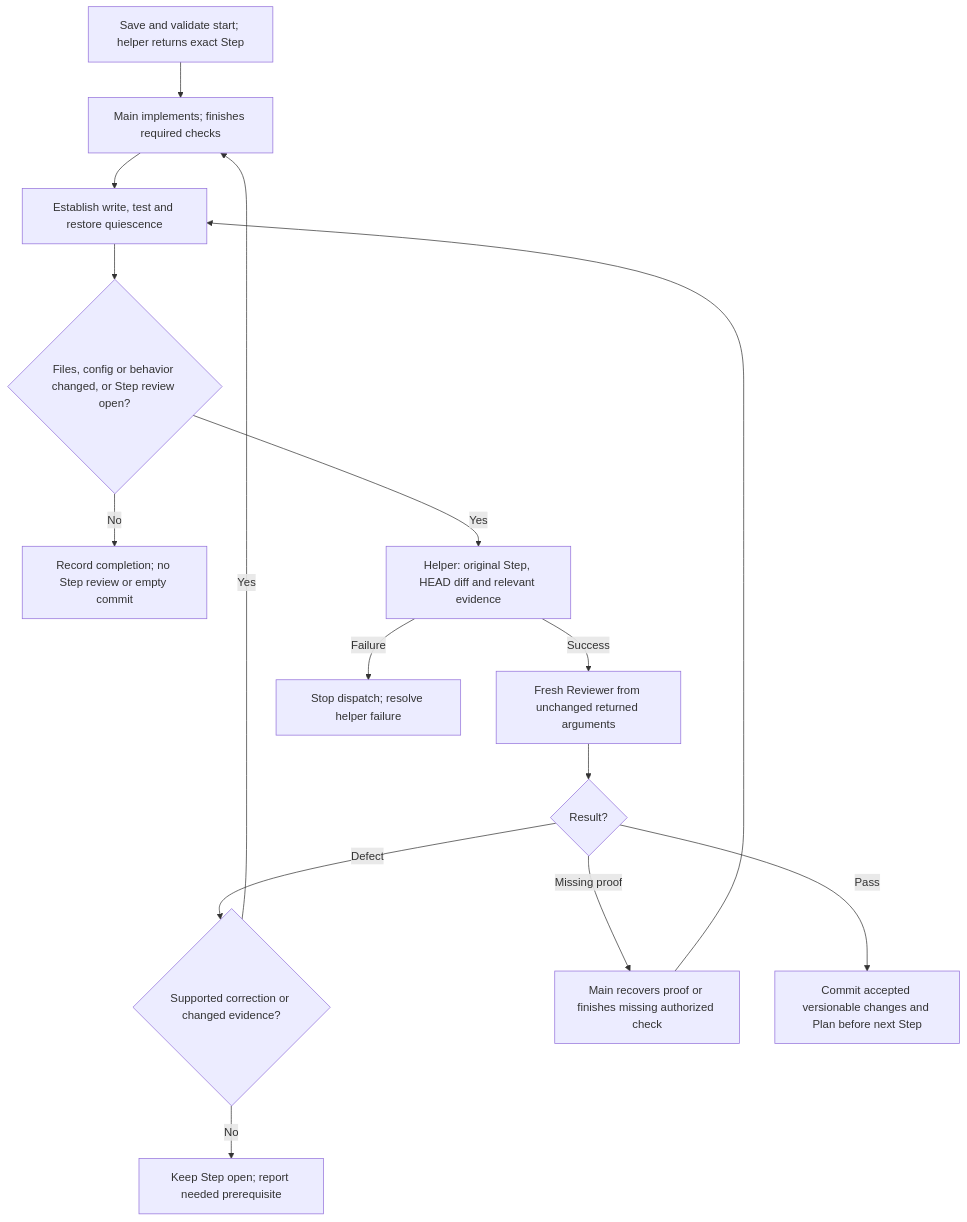
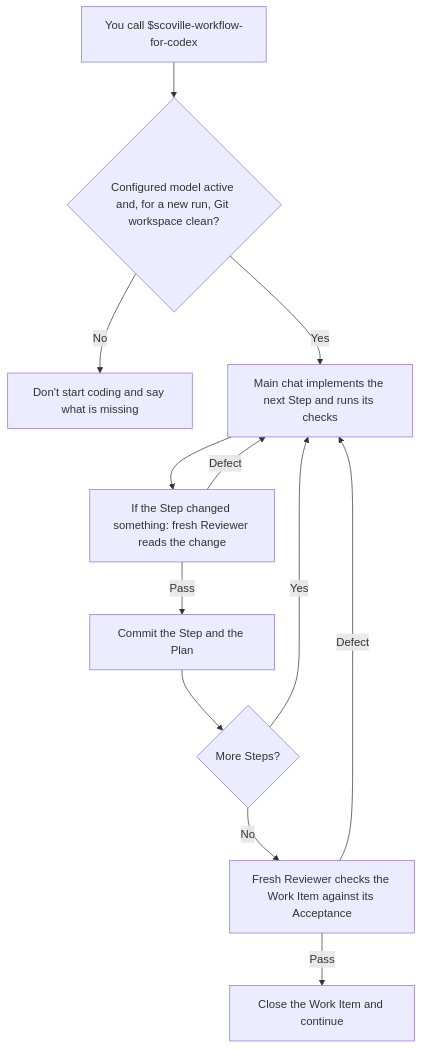
One commit to benjaminstelzer/scoville-suite-for-codex-mainloop changed the diagram in development/readme/scoville-workflow-codex/mechanism.md. Above: the diagram before and after it, drawn with Mermaid. The commit also changed other lines of this file and 156 other files, not shown here.

Commit message:
Shorter READMEs: what a Skill does, how to call it, what it needs

````diff
--- a/development/readme/scoville-workflow-codex/mechanism.md
+++ b/development/readme/scoville-workflow-codex/mechanism.md
@@ -49,17 +3,14 @@
 ```mermaid
 flowchart TD
-  S["Save and validate start; helper returns exact Step"] --> I["Main implements; finishes required checks"]
-  I --> Q["Establish write, test and restore quiescence"]
-  Q --> N{"Files, config or behavior changed, or Step review open?"}
-  N -->|No| U["Record completion; no Step review or empty commit"]
-  N -->|Yes| R["Helper: original Step, HEAD diff and relevant evidence"]
-  R -->|Success| RS["Fresh Reviewer from unchanged returned arguments"]
-  R -->|Failure| B["Stop dispatch; resolve helper failure"]
-  RS --> V{"Result?"}
-  V -->|Defect| nextCorrection{"Supported correction or changed evidence?"}
-  nextCorrection -->|Yes| I
-  nextCorrection -->|No| O["Keep Step open; report needed prerequisite"]
-  V -->|Missing proof| P["Main recovers proof or finishes missing authorized check"]
-  P --> Q
-  V -->|Pass| C["Commit accepted versionable changes and Plan before next Step"]
+  start["You call $scoville-workflow-for-codex"] --> ready{"Configured model active and, for a new run, Git workspace clean?"}
+  ready -->|No| stop["Don't start coding and say what is missing"]
+  ready -->|Yes| step["Main chat implements the next Step and runs its checks"]
+  step --> review["If the Step changed something: fresh Reviewer reads the change"]
+  review -->|Defect| step
+  review -->|Pass| commit["Commit the Step and the Plan"]
+  commit --> more{"More Steps?"}
+  more -->|Yes| step
+  more -->|No| closure["Fresh Reviewer checks the Work Item against its Acceptance"]
+  closure -->|Defect| step
+  closure -->|Pass| done["Close the Work Item and continue"]
 ```
````
